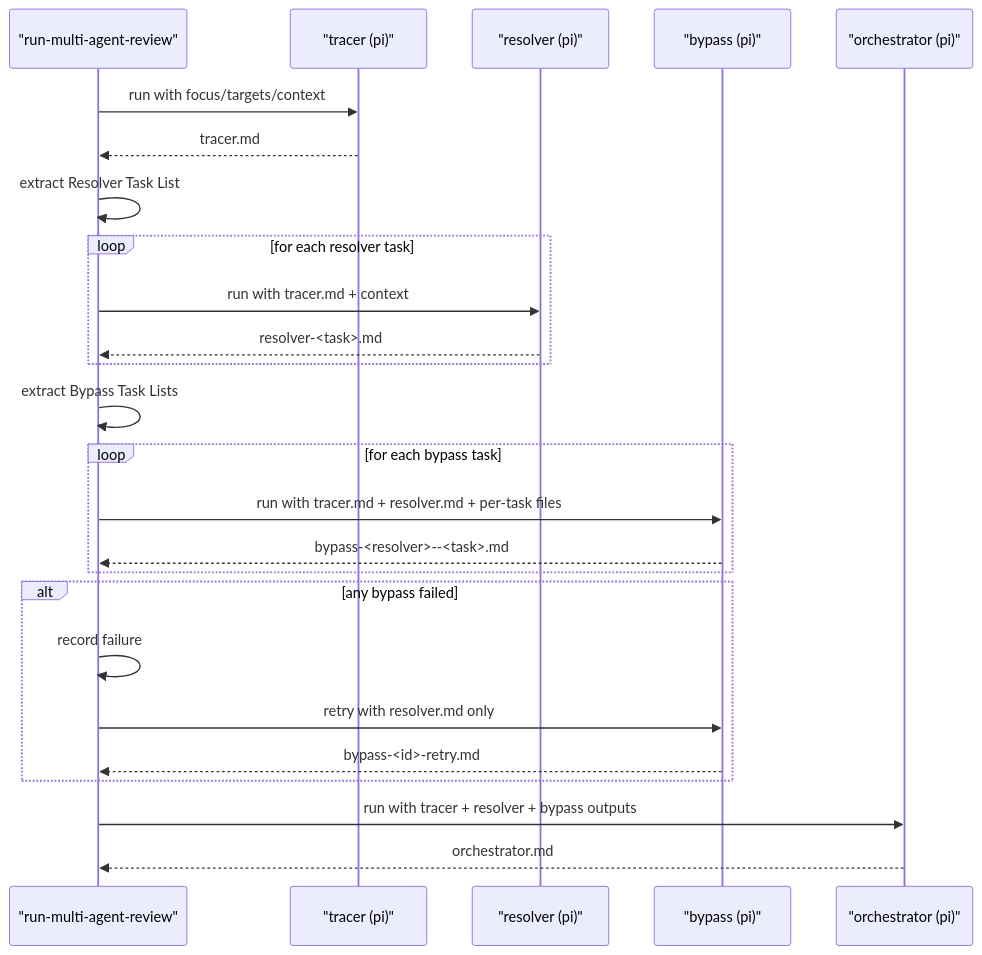
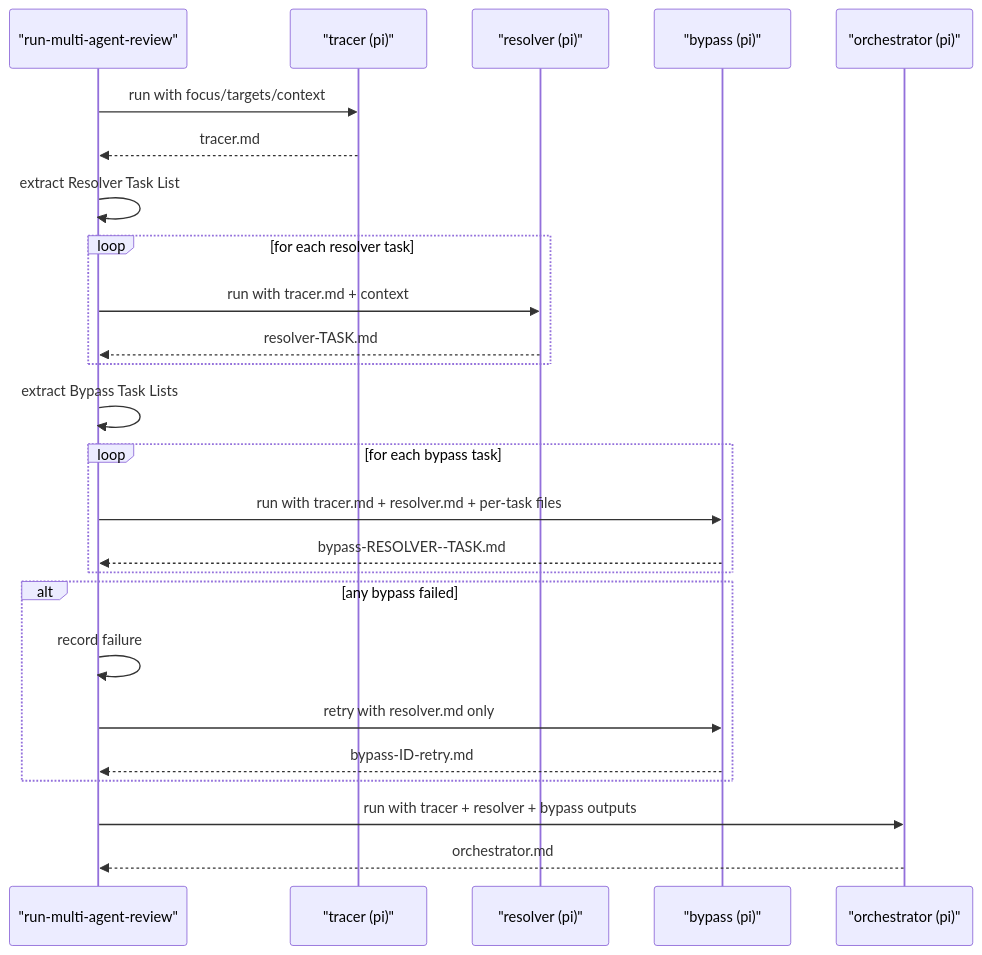
The diagram in skills/multi-agent-security-review/README.md (PSPDFKit-labs/pi-skills), drawn with Mermaid before and after one commit.

Commit message:
mermaid skill chart fix

````diff
--- a/skills/multi-agent-security-review/README.md
+++ b/skills/multi-agent-security-review/README.md
@@ -17,32 +17,32 @@
 ```mermaid
 sequenceDiagram
   participant Runner as "run-multi-agent-review"
   participant Tracer as "tracer (pi)"
   participant Resolver as "resolver (pi)"
   participant Bypass as "bypass (pi)"
   participant Orchestrator as "orchestrator (pi)"
 
   Runner->>Tracer: run with focus/targets/context
   Tracer-->>Runner: tracer.md
 
   Runner->>Runner: extract Resolver Task List
   loop for each resolver task
     Runner->>Resolver: run with tracer.md + context
-    Resolver-->>Runner: resolver-<task>.md
+    Resolver-->>Runner: resolver-TASK.md
   end
 
   Runner->>Runner: extract Bypass Task Lists
   loop for each bypass task
     Runner->>Bypass: run with tracer.md + resolver.md + per-task files
-    Bypass-->>Runner: bypass-<resolver>--<task>.md
+    Bypass-->>Runner: bypass-RESOLVER--TASK.md
   end
 
   alt any bypass failed
     Runner->>Runner: record failure
     Runner->>Bypass: retry with resolver.md only
-    Bypass-->>Runner: bypass-<id>-retry.md
+    Bypass-->>Runner: bypass-ID-retry.md
   end
 
   Runner->>Orchestrator: run with tracer + resolver + bypass outputs
   Orchestrator-->>Runner: orchestrator.md
 ```
````
